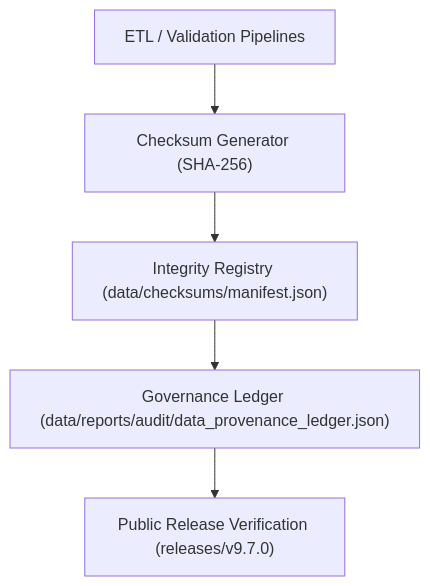
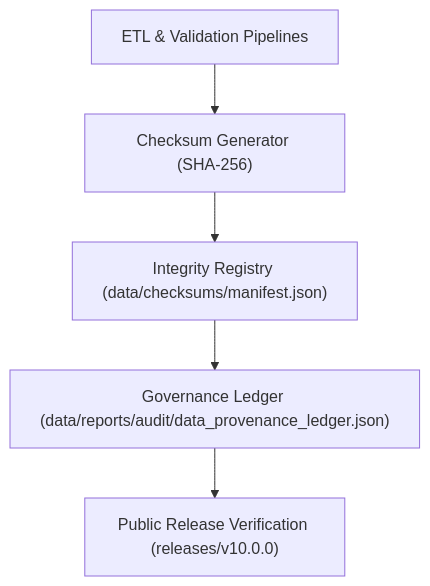
The diagram in data/checksums/README.md (bartytime4life/Kansas-Frontier-Matrix), drawn with Mermaid before and after one commit. The commit also changed other lines of this file, not shown here.

````diff
--- a/data/checksums/README.md
+++ b/data/checksums/README.md
@@ -50,7 +50,7 @@
 ```mermaid
 flowchart TD
-    A["ETL / Validation Pipelines"] --> B["Checksum Generator (SHA-256)"]
+    A["ETL & Validation Pipelines"] --> B["Checksum Generator (SHA-256)"]
     B --> C["Integrity Registry (data/checksums/manifest.json)"]
     C --> D["Governance Ledger (data/reports/audit/data_provenance_ledger.json)"]
-    D --> E["Public Release Verification (releases/v9.7.0)"]
+    D --> E["Public Release Verification (releases/v10.0.0)"]
 ```
````
